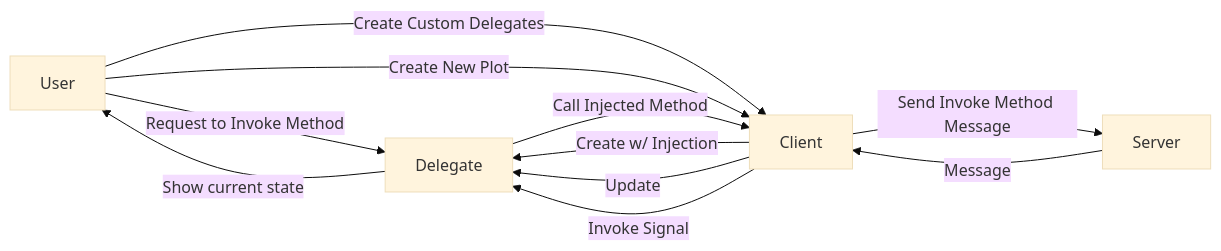
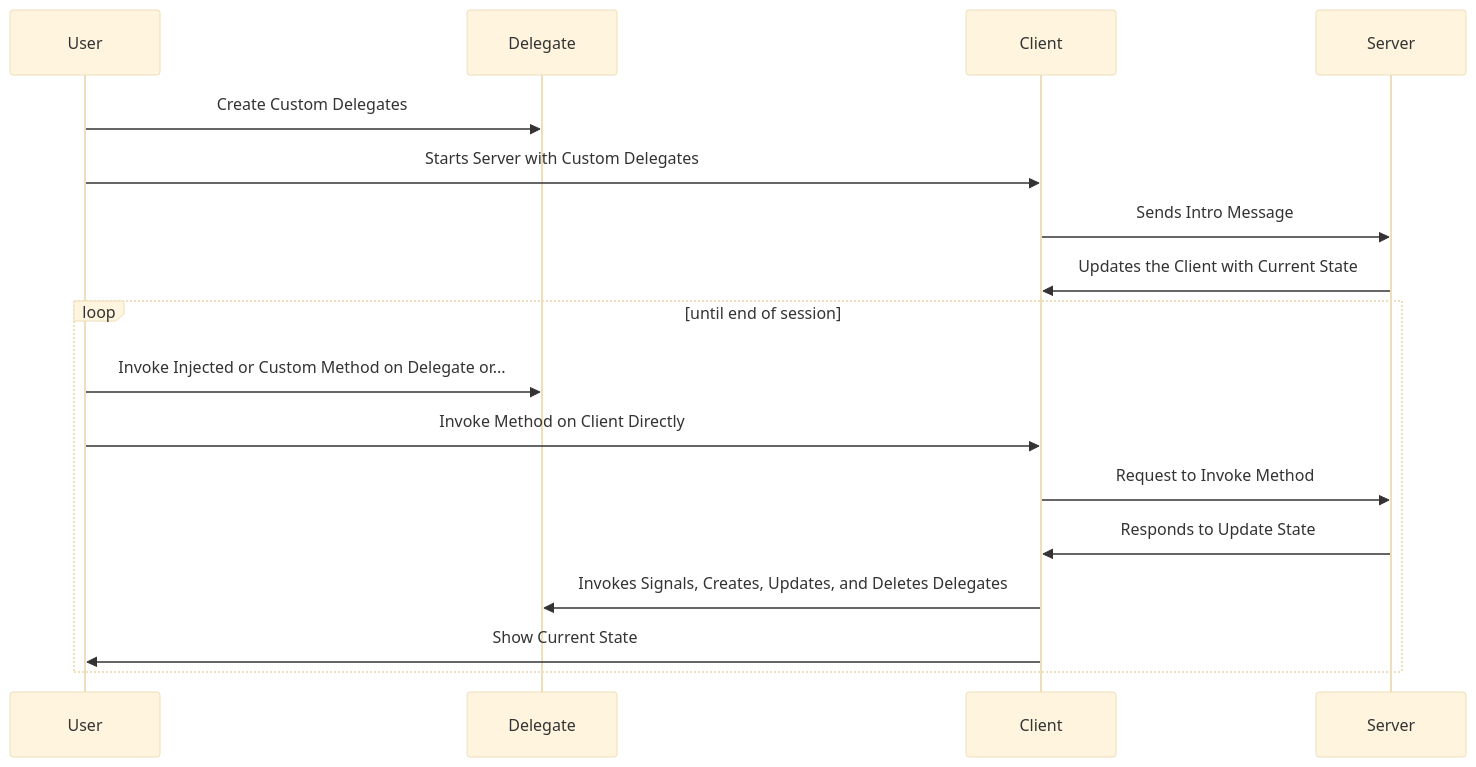
Before and after one commit to InsightCenterNoodles/Penne: the diagram in README.md, drawn with Mermaid (base theme). The commit also changed other lines of this file and 10 other files, not shown here.

````diff
--- a/README.md
+++ b/README.md
@@ -25,13 +25,19 @@
 ```mermaid
-flowchart LR;
-    User-- Request to Invoke Method -->Delegate;
-    User-- Create Custom Delegates --> Client;
-    User-- Create New Plot --> Client;
-    Delegate-- Call Injected Method -->Client;
-    Client-- Send Invoke Method Message -->Server;
-    Server-- Message -->Client;
-    Client-- Create w/ Injection -->Delegate;
-    Client-- Update -->Delegate;
-    Client-- Invoke Signal -->Delegate;
-    Delegate-- Show current state -->User;
+sequenceDiagram
+    participant User
+    participant Delegate
+    participant Client
+    participant Server
+    User->>Delegate: Create Custom Delegates
+    User->>Client: Starts Server with Custom Delegates
+    Client->>Server: Sends Intro Message
+    Server->>Client: Updates the Client with Current State
+    loop until end of session
+        User->>Delegate: Invoke Injected or Custom Method on Delegate or...
+        User->>Client: Invoke Method on Client Directly
+        Client->>Server: Request to Invoke Method
+        Server->>Client: Responds to Update State
+        Client->>Delegate: Invokes Signals, Creates, Updates, and Deletes Delegates
+        Client->>User: Show Current State
+    end
 ```
````
